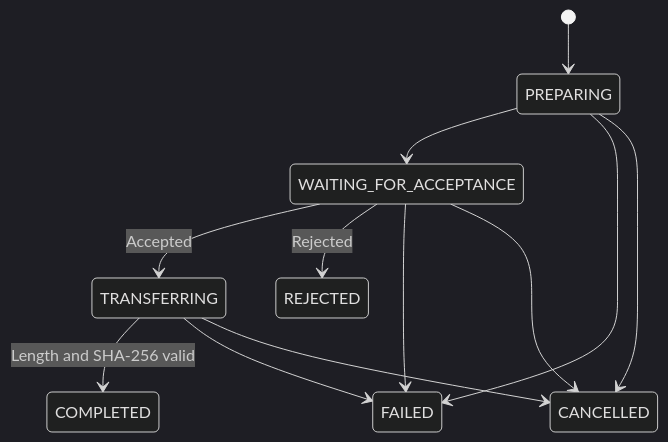
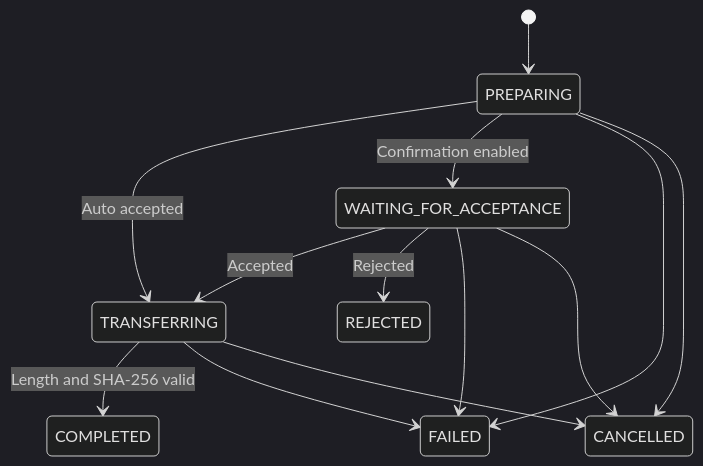
One commit to x2ink/subnetdrop changed the second of 2 diagrams in docs/technical-principles/file-transfer.md. Above: the diagram before and after it, drawn with Mermaid (dark theme). The commit also changed other lines of this file and 45 other files, not shown here.

````diff
--- a/docs/technical-principles/file-transfer.md
+++ b/docs/technical-principles/file-transfer.md
@@ -53,14 +64,15 @@
 ```mermaid
 stateDiagram-v2
     [*] --> PREPARING
-    PREPARING --> WAITING_FOR_ACCEPTANCE
+    PREPARING --> TRANSFERRING: Auto accepted
+    PREPARING --> WAITING_FOR_ACCEPTANCE: Confirmation enabled
     WAITING_FOR_ACCEPTANCE --> TRANSFERRING: Accepted
     WAITING_FOR_ACCEPTANCE --> REJECTED: Rejected
     TRANSFERRING --> COMPLETED: Length and SHA-256 valid
     PREPARING --> FAILED
     WAITING_FOR_ACCEPTANCE --> FAILED
     TRANSFERRING --> FAILED
     PREPARING --> CANCELLED
     WAITING_FOR_ACCEPTANCE --> CANCELLED
     TRANSFERRING --> CANCELLED
 ```
````
